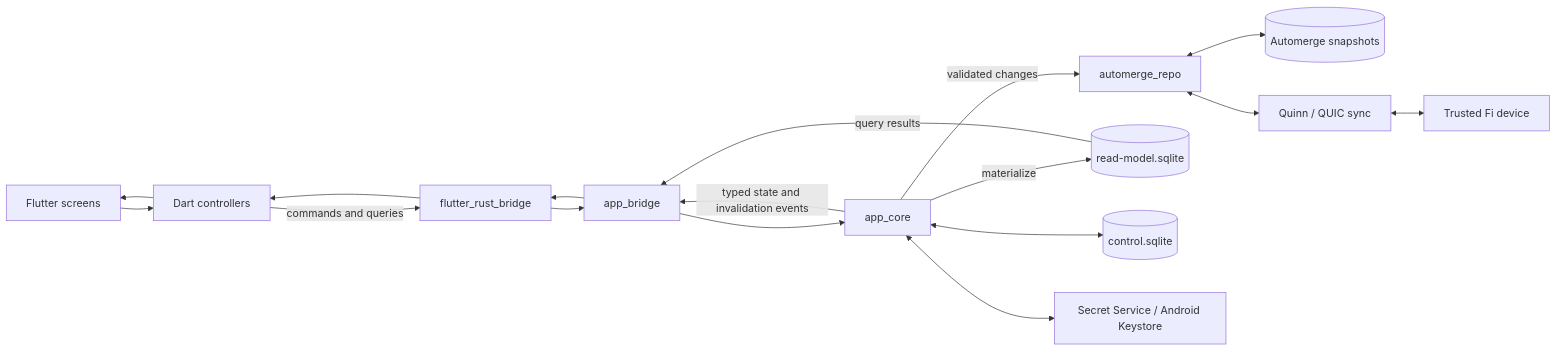
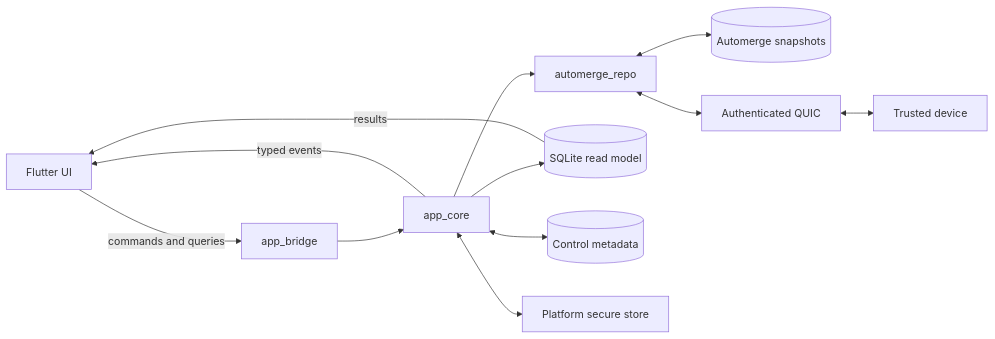
The diagram in README.md (wochap/fi), drawn with Mermaid before and after one commit. The commit also changed other lines of this file and 4 other files, not shown here.

````diff
--- a/README.md
+++ b/README.md
@@ -51,20 +39,14 @@
 ```mermaid
 flowchart LR
-    UI[Flutter screens] --> CTRL[Dart controllers]
-    CTRL -->|commands and queries| FRB[flutter_rust_bridge]
-    FRB --> BRIDGE[app_bridge]
+    UI[Flutter UI] -->|commands and queries| BRIDGE[app_bridge]
     BRIDGE --> CORE[app_core]
-
-    CORE -->|validated changes| REPO[automerge_repo]
-    REPO <--> DOC[(Automerge snapshots)]
-    CORE -->|materialize| VIEW[(read-model.sqlite)]
-    CORE <--> CONTROL[(control.sqlite)]
-    CORE <--> SECRETS[Secret Service / Android Keystore]
-
-    VIEW -->|query results| BRIDGE
-    CORE -->|typed state and invalidation events| BRIDGE
-    BRIDGE --> FRB --> CTRL --> UI
-
-    REPO <--> QUIC[Quinn / QUIC sync]
-    QUIC <--> PEER[Trusted Fi device]
+    CORE --> REPO[automerge_repo]
+    REPO <--> DATA[(Automerge snapshots)]
+    CORE --> VIEW[(SQLite read model)]
+    CORE <--> CONTROL[(Control metadata)]
+    CORE <--> SECRETS[Platform secure store]
+    REPO <--> QUIC[Authenticated QUIC]
+    QUIC <--> PEER[Trusted device]
+    VIEW -->|results| UI
+    CORE -->|typed events| UI
 ```
````
